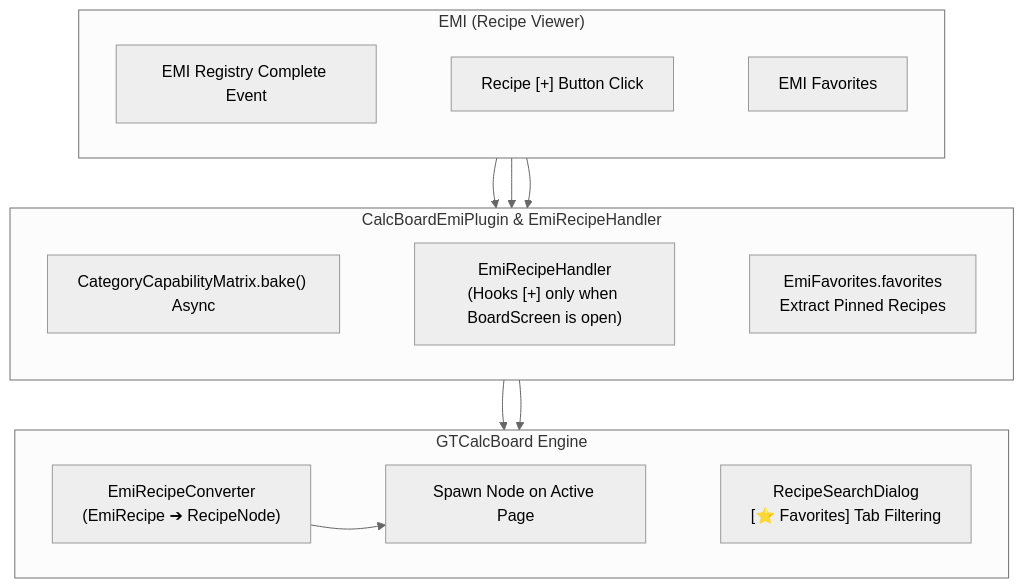
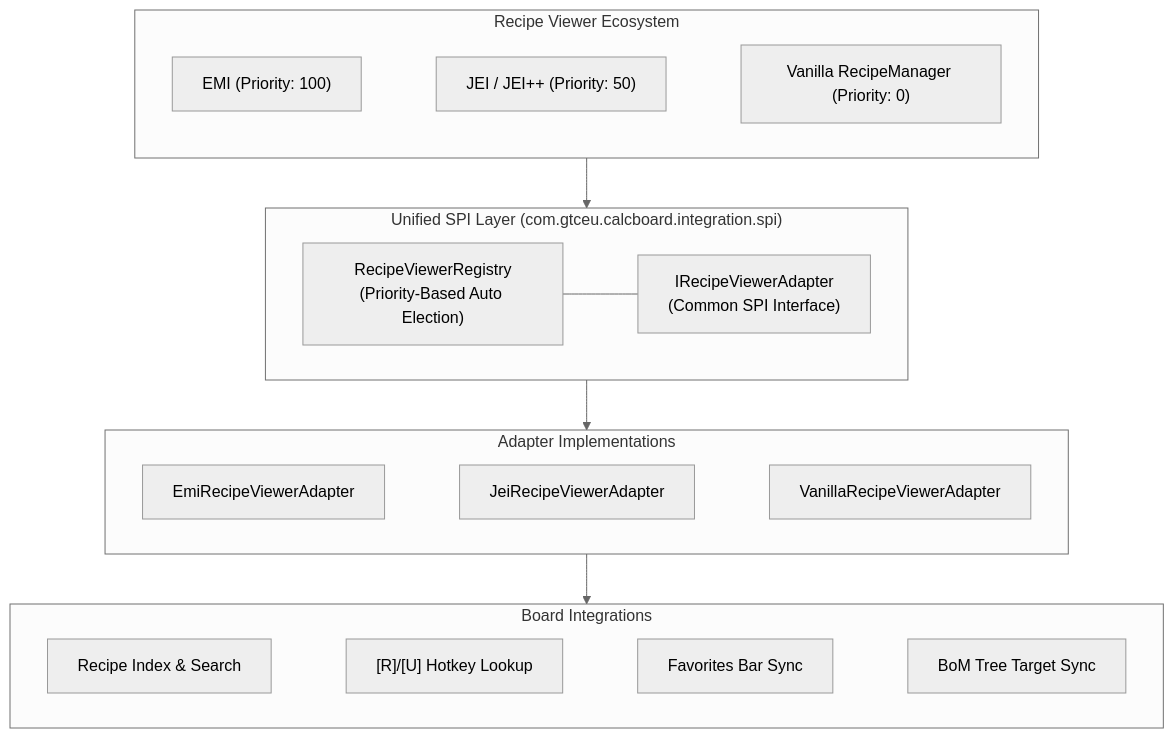
The first of 2 diagrams in docs/en_us/spec/05_INTEGRATION_AND_I18N.md (Amvermain/GregTechCalculatorBoard), drawn with Mermaid (neutral theme) before and after one commit. The commit also changed other lines of this file and 273 other files, not shown here.

````diff
--- a/docs/en_us/spec/05_INTEGRATION_AND_I18N.md
+++ b/docs/en_us/spec/05_INTEGRATION_AND_I18N.md
@@ -12,21 +12,24 @@
 ```mermaid
 flowchart TB
-    subgraph EMI["EMI (Recipe Viewer)"]
+    subgraph Viewers["Recipe Viewer Ecosystem"]
         direction LR
-        REG["EMI Registry Complete Event"] ~~~ PLUS["Recipe [+] Button Click"] ~~~ FAV["EMI Favorites"]
+        EMI["EMI (Priority: 100)"] ~~~ JEI["JEI / JEI++ (Priority: 50)"] ~~~ VAN["Vanilla RecipeManager (Priority: 0)"]
     end
 
-    subgraph Plugin["CalcBoardEmiPlugin & EmiRecipeHandler"]
+    subgraph SPI["Unified SPI Layer (com.gtceu.calcboard.integration.spi)"]
         direction LR
-        BAKE_TRIGGER["CategoryCapabilityMatrix.bake() Async"] ~~~ HOOK["EmiRecipeHandler<br/>(Hooks [+] only when BoardScreen is open)"] ~~~ FAV_LOAD["EmiFavorites.favorites<br/>Extract Pinned Recipes"]
+        RVR["RecipeViewerRegistry<br/>(Priority-Based Auto Election)"] --- IVA["IRecipeViewerAdapter<br/>(Common SPI Interface)"]
     end
 
-    subgraph Board["GTCalcBoard Engine"]
+    subgraph Adapters["Adapter Implementations"]
         direction LR
-        CONVERT["EmiRecipeConverter<br/>(EmiRecipe ➔ RecipeNode)"] ~~~ SPAWN["Spawn Node on Active Page"] ~~~ SEARCH_UI["RecipeSearchDialog<br/>[⭐ Favorites] Tab Filtering"]
+        E_AD["EmiRecipeViewerAdapter"] ~~~ J_AD["JeiRecipeViewerAdapter"] ~~~ V_AD["VanillaRecipeViewerAdapter"]
     end
 
-    REG --> BAKE_TRIGGER
-    PLUS --> HOOK --> CONVERT --> SPAWN
-    FAV --> FAV_LOAD --> SEARCH_UI
+    subgraph Features["Board Integrations"]
+        direction LR
+        SRCH["Recipe Index & Search"] ~~~ HOV["[R]/[U] Hotkey Lookup"] ~~~ FAV_B["Favorites Bar Sync"] ~~~ BOM_T["BoM Tree Target Sync"]
+    end
+
+    Viewers --> SPI --> Adapters --> Features
 ```
````
